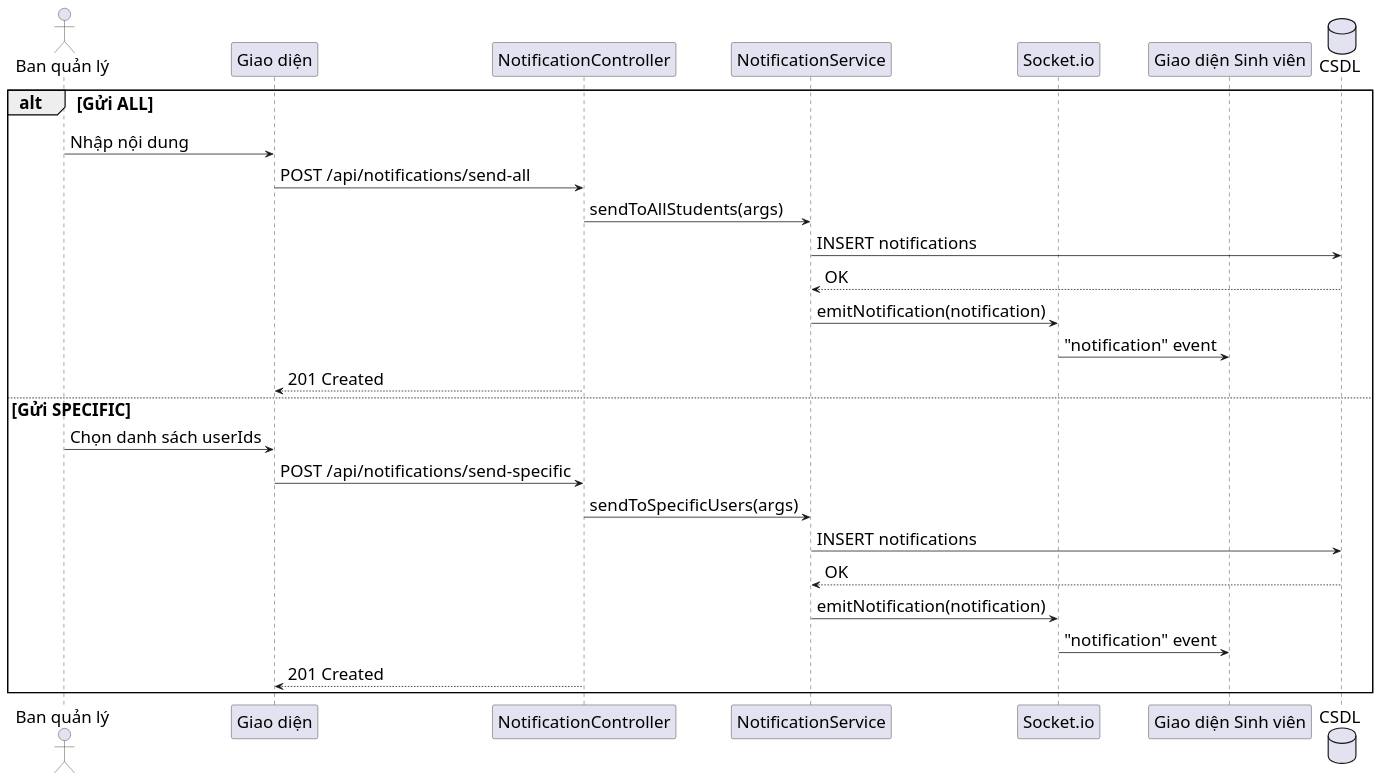
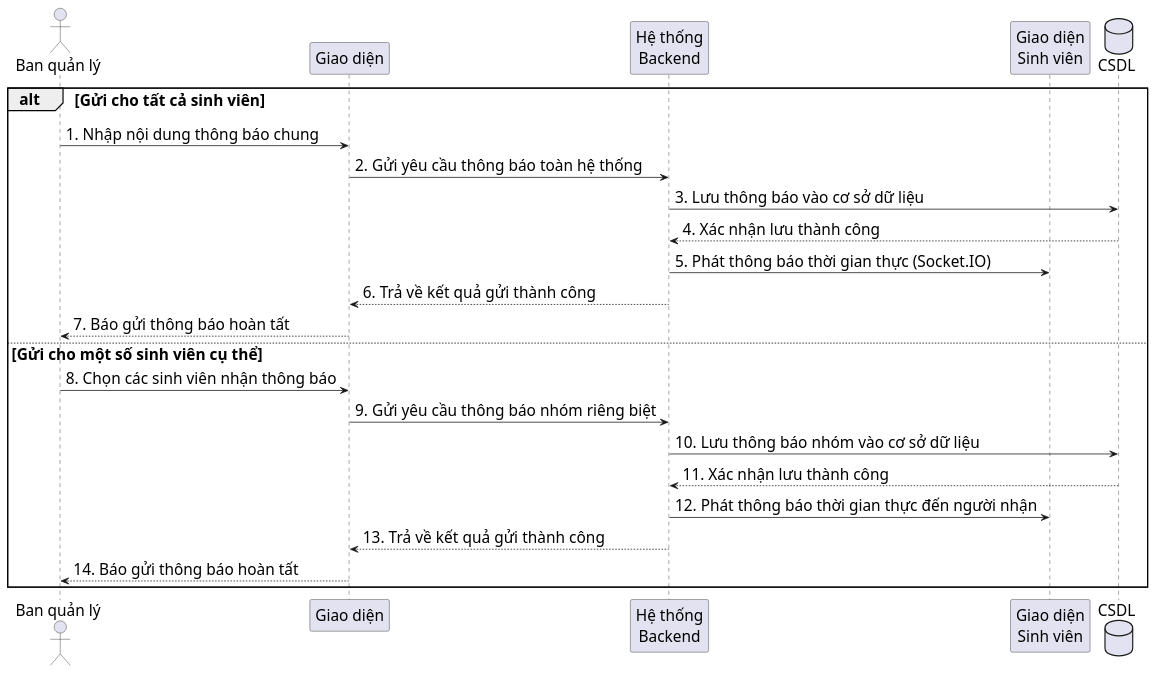
The diagram in diagrams/nhomthongbao/notification_send_sequence.puml (s0nbuildtech287/dormitory-frontend), drawn with PlantUML before and after one commit. The commit also changed 23 other files, not shown here.

```diff
--- a/diagrams/nhomthongbao/notification_send_sequence.puml
+++ b/diagrams/nhomthongbao/notification_send_sequence.puml
@@ -1,33 +1,29 @@
-@startuml
-skinparam defaultFontSize 22
+@startuml "Notification Send Sequence"
+skinparam defaultFontSize 20
 skinparam defaultFontName "Times New Roman"
-skinparam sequenceMessageSize 22
+skinparam sequenceMessageSize 20
+
 actor "Ban quản lý" as Admin
 participant "Giao diện" as FE
-participant "NotificationController" as NC
-participant "NotificationService" as NS
-participant "Socket.io" as WS
-participant "Giao diện Sinh viên" as Student
+participant "Hệ thống\nBackend" as BE
+participant "Giao diện\nSinh viên" as Student
 database "CSDL" as DB
 
-
-alt Gửi ALL
-  Admin -> FE: Nhập nội dung
-  FE -> NC: POST /api/notifications/send-all
-  NC -> NS: sendToAllStudents(args)
-  NS -> DB: INSERT notifications
-  DB --> NS: OK
-  NS -> WS: emitNotification(notification)
-  WS -> Student: "notification" event
-  NC --> FE: 201 Created
-else Gửi SPECIFIC
-  Admin -> FE: Chọn danh sách userIds
-  FE -> NC: POST /api/notifications/send-specific
-  NC -> NS: sendToSpecificUsers(args)
-  NS -> DB: INSERT notifications
-  DB --> NS: OK
-  NS -> WS: emitNotification(notification)
-  WS -> Student: "notification" event
-  NC --> FE: 201 Created
+alt Gửi cho tất cả sinh viên
+  Admin -> FE: 1. Nhập nội dung thông báo chung
+  FE -> BE: 2. Gửi yêu cầu thông báo toàn hệ thống
+  BE -> DB: 3. Lưu thông báo vào cơ sở dữ liệu
+  DB --> BE: 4. Xác nhận lưu thành công
+  BE -> Student: 5. Phát thông báo thời gian thực (Socket.IO)
+  BE --> FE: 6. Trả về kết quả gửi thành công
+  FE --> Admin: 7. Báo gửi thông báo hoàn tất
+else Gửi cho một số sinh viên cụ thể
+  Admin -> FE: 8. Chọn các sinh viên nhận thông báo
+  FE -> BE: 9. Gửi yêu cầu thông báo nhóm riêng biệt
+  BE -> DB: 10. Lưu thông báo nhóm vào cơ sở dữ liệu
+  DB --> BE: 11. Xác nhận lưu thành công
+  BE -> Student: 12. Phát thông báo thời gian thực đến người nhận
+  BE --> FE: 13. Trả về kết quả gửi thành công
+  FE --> Admin: 14. Báo gửi thông báo hoàn tất
 end
 @enduml
```
